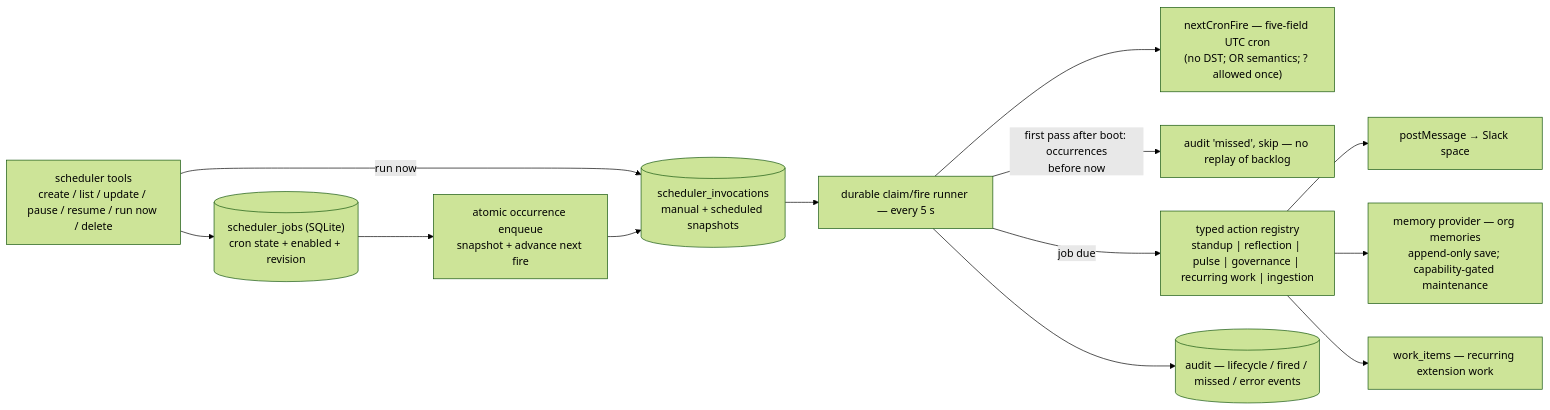
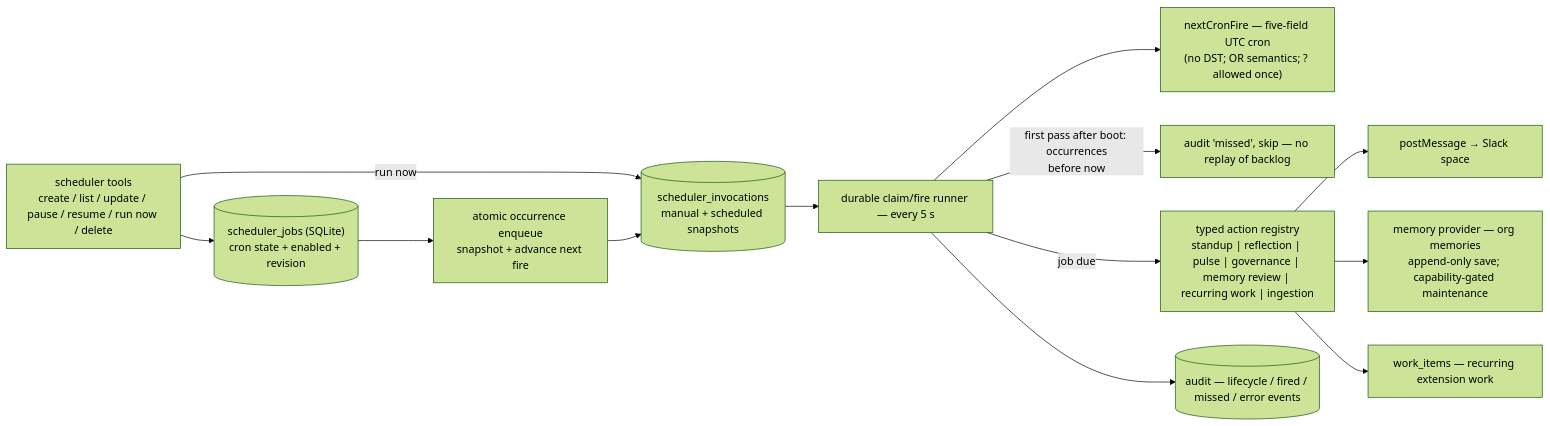
Diagram 11 of 16 in architecture.md (serrrfirat/bottega), drawn with Mermaid (forest theme) before and after one commit. The commit also changed other lines of this file and 2 other files, not shown here.

Commit message:
docs: updated features and architecture for the isolation and memory batch (#340 #315 #312 #163 #161 #339 #342)

````diff
--- a/architecture.md
+++ b/architecture.md
@@ -747,16 +824,16 @@
 ```mermaid
 flowchart LR
     TOOL["scheduler tools<br/>create / list / update / pause / resume / run now / delete"]
     TOOL --> DB[("scheduler_jobs (SQLite)<br/>cron state + enabled + revision")]
     DB --> ENQ["atomic occurrence enqueue<br/>snapshot + advance next fire"]
     TOOL -- "run now" --> INV[("scheduler_invocations<br/>manual + scheduled snapshots")]
     ENQ --> INV
     INV --> RUN["durable claim/fire runner — every 5 s"]
     RUN --> CRON["nextCronFire — five-field UTC cron<br/>(no DST; OR semantics; ? allowed once)"]
     RUN -- "first pass after boot: occurrences<br/>before now" --> MISS["audit 'missed', skip — no replay of backlog"]
-    RUN -- "job due" --> ACT["typed action registry<br/>standup | reflection | pulse | governance | recurring work | ingestion"]
+    RUN -- "job due" --> ACT["typed action registry<br/>standup | reflection | pulse | governance | memory review | recurring work | ingestion"]
     ACT --> POST["postMessage → Slack space"]
     ACT --> MEM["memory provider — org memories<br/>append-only save; capability-gated maintenance"]
     ACT --> WI["work_items — recurring extension work"]
     RUN --> AUD[("audit — lifecycle / fired / missed / error events")]
 ```
````
